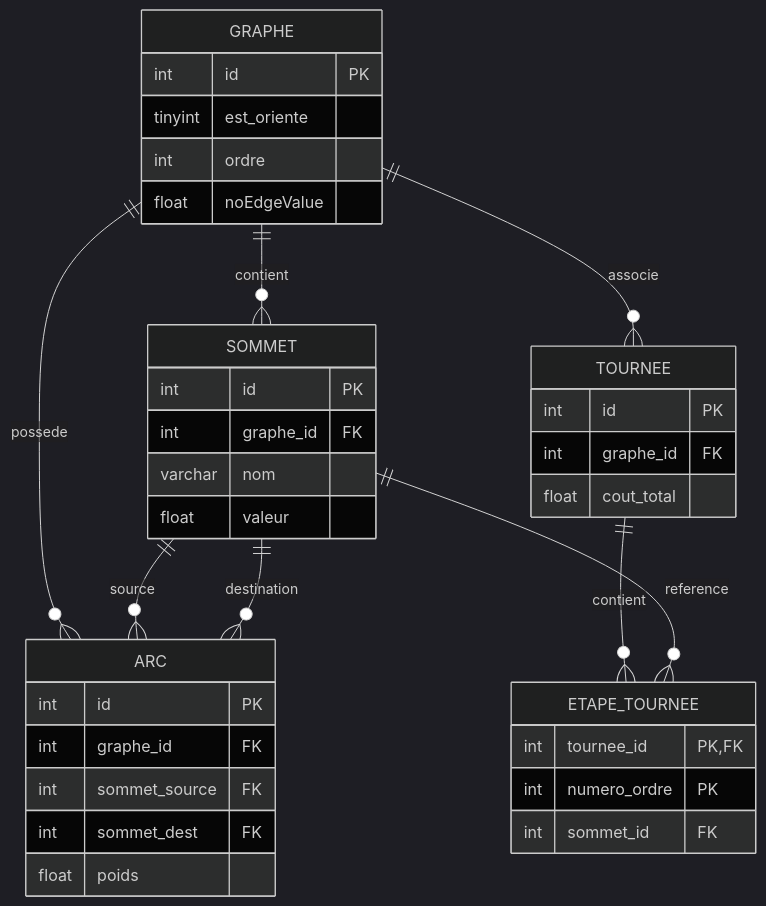
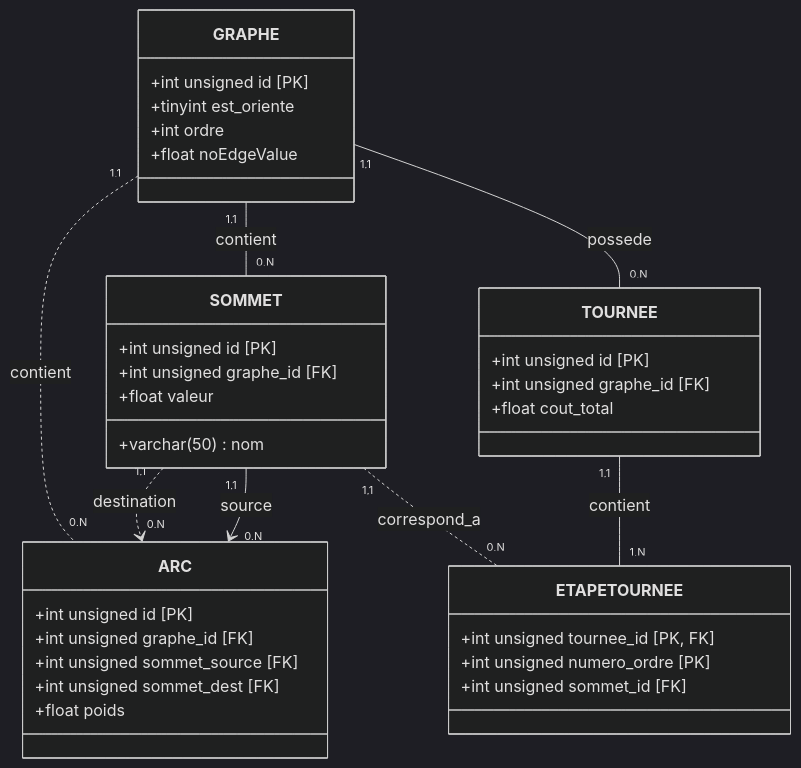
Before and after one commit to GuerrierYT/PSI: the second of 2 diagrams in README.md, drawn with Mermaid (dark theme). The commit also changed other lines of this file, not shown here.

Commit message:
Update class diagrams in README.md and enhance database entity-relationship diagram

````diff
--- a/README.md
+++ b/README.md
@@ -163,44 +195,50 @@
 ```mermaid
-erDiagram
-    GRAPHE ||--o{ SOMMET : contient
-    GRAPHE ||--o{ ARC : possede
-    SOMMET ||--o{ ARC : source
-    SOMMET ||--o{ ARC : destination
-    GRAPHE ||--o{ TOURNEE : associe
-    TOURNEE ||--o{ ETAPE_TOURNEE : contient
-    SOMMET ||--o{ ETAPE_TOURNEE : reference
+classDiagram
+    direction TB
 
-    GRAPHE {
-        int id PK
-        tinyint est_oriente
-        int ordre
-        float noEdgeValue
+    class GRAPHE {
+        +int unsigned id [PK]
+        +tinyint est_oriente
+        +int ordre
+        +float noEdgeValue
     }
 
-    SOMMET {
-        int id PK
-        int graphe_id FK
-        varchar nom
-        float valeur
+    class TOURNEE {
+        +int unsigned id [PK]
+        +int unsigned graphe_id [FK]
+        +float cout_total
     }
 
-    ARC {
-        int id PK
-        int graphe_id FK
-        int sommet_source FK
-        int sommet_dest FK
-        float poids
+    class SOMMET {
+        +int unsigned id [PK]
+        +int unsigned graphe_id [FK]
+        +varchar(50) nom
+        +float valeur
     }
 
-    TOURNEE {
-        int id PK
-        int graphe_id FK
-        float cout_total
+    class ETAPETOURNEE {
+        +int unsigned tournee_id [PK, FK]
+        +int unsigned numero_ordre [PK]
+        +int unsigned sommet_id [FK]
     }
 
-    ETAPE_TOURNEE {
-        int tournee_id PK,FK
-        int numero_ordre PK
-        int sommet_id FK
+    class ARC {
+        +int unsigned id [PK]
+        +int unsigned graphe_id [FK]
+        +int unsigned sommet_source [FK]
+        +int unsigned sommet_dest [FK]
+        +float poids
     }
+
+    %% 1. Squelette principal (Dessiné en premier, traits pleins)
+    GRAPHE "1,1" -- "0,N" SOMMET : contient
+    SOMMET "1,1" --> "0,N" ARC : source
+
+    GRAPHE "1,1" -- "0,N" TOURNEE : possede
+    TOURNEE "1,1" -- "1,N" ETAPETOURNEE : contient
+
+    %% 2. Liens secondaires (Dessinés autour, pointillés)
+    SOMMET "1,1" ..> "0,N" ARC : destination
+    GRAPHE "1,1" .. "0,N" ARC : contient
+    SOMMET "1,1" .. "0,N" ETAPETOURNEE : correspond_a
 ```
````
